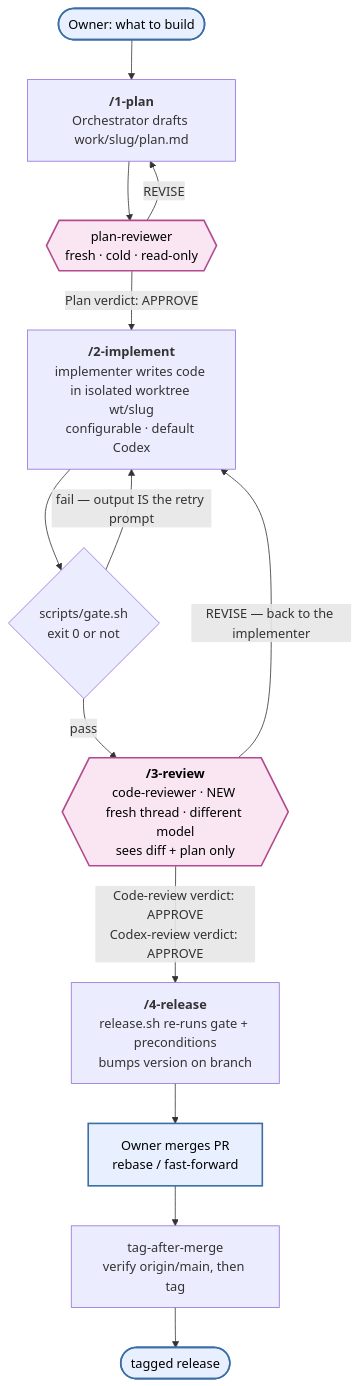
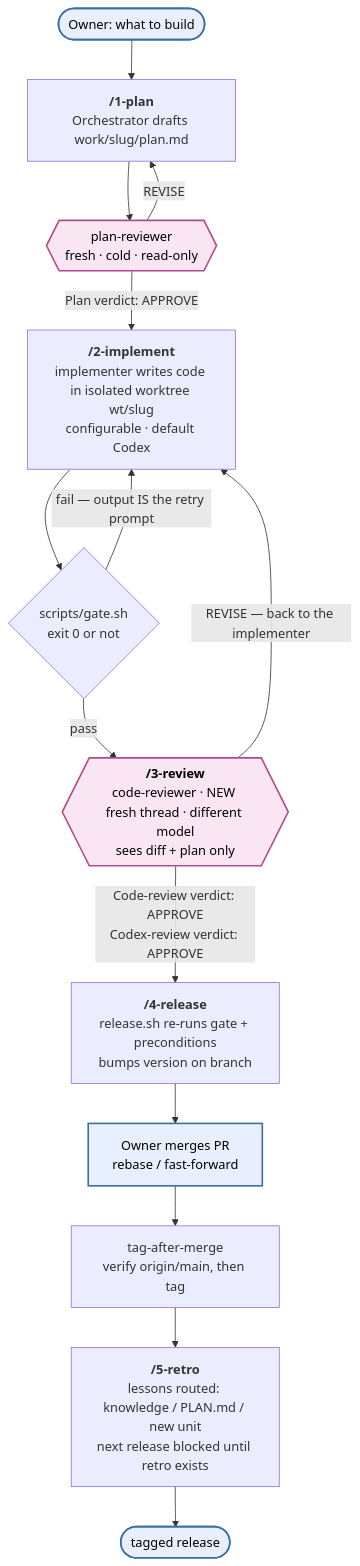
Before and after one commit to ChristopherHoward1/agentic-coding: the first of 2 diagrams in README.md, drawn with Mermaid. The commit also changed other lines of this file, not shown here.

Commit message:
README: five-stage loop with /5-retro (small fix; retro-routed follow-up)

````diff
--- a/README.md
+++ b/README.md
@@ -19,23 +19,23 @@
 ```mermaid
 flowchart TD
     Owner([Owner: what to build]):::human --> Draft
 
     Draft["<b>/1-plan</b><br/>Orchestrator drafts work/slug/plan.md"] --> PRev{{"plan-reviewer<br/>fresh · cold · read-only"}}:::grill
     PRev -- "REVISE" --> Draft
     PRev -- "Plan verdict: APPROVE" --> Impl
 
     Impl["<b>/2-implement</b><br/>implementer writes code in isolated worktree wt/slug<br/>configurable · default Codex"] --> Gate{"scripts/gate.sh<br/>exit 0 or not"}
     Gate -- "fail — output IS the retry prompt" --> Impl
     Gate -- "pass" --> CRev
 
     CRev{{"<b>/3-review</b><br/>code-reviewer · NEW fresh thread · different model<br/>sees diff + plan only"}}:::grill
     CRev -- "REVISE — back to the implementer" --> Impl
     CRev -- "Code-review verdict: APPROVE<br/>Codex-review verdict: APPROVE" --> Rel
 
     Rel["<b>/4-release</b><br/>release.sh re-runs gate + preconditions<br/>bumps version on branch"] --> Merge["Owner merges PR<br/>rebase / fast-forward"]:::human
     Merge --> Tag["tag-after-merge<br/>verify origin/main, then tag"]
-    Tag --> Done([tagged release]):::human
+    Tag --> Retro["<b>/5-retro</b><br/>lessons routed: knowledge / PLAN.md / new unit<br/>next release blocked until retro exists"] --> Done([tagged release]):::human
 
     classDef grill fill:#f9e6f2,stroke:#b34a8c,stroke-width:2px,color:#000;
     classDef human fill:#e8f0ff,stroke:#3a6ea5,stroke-width:2px,color:#000;
 ```
````
